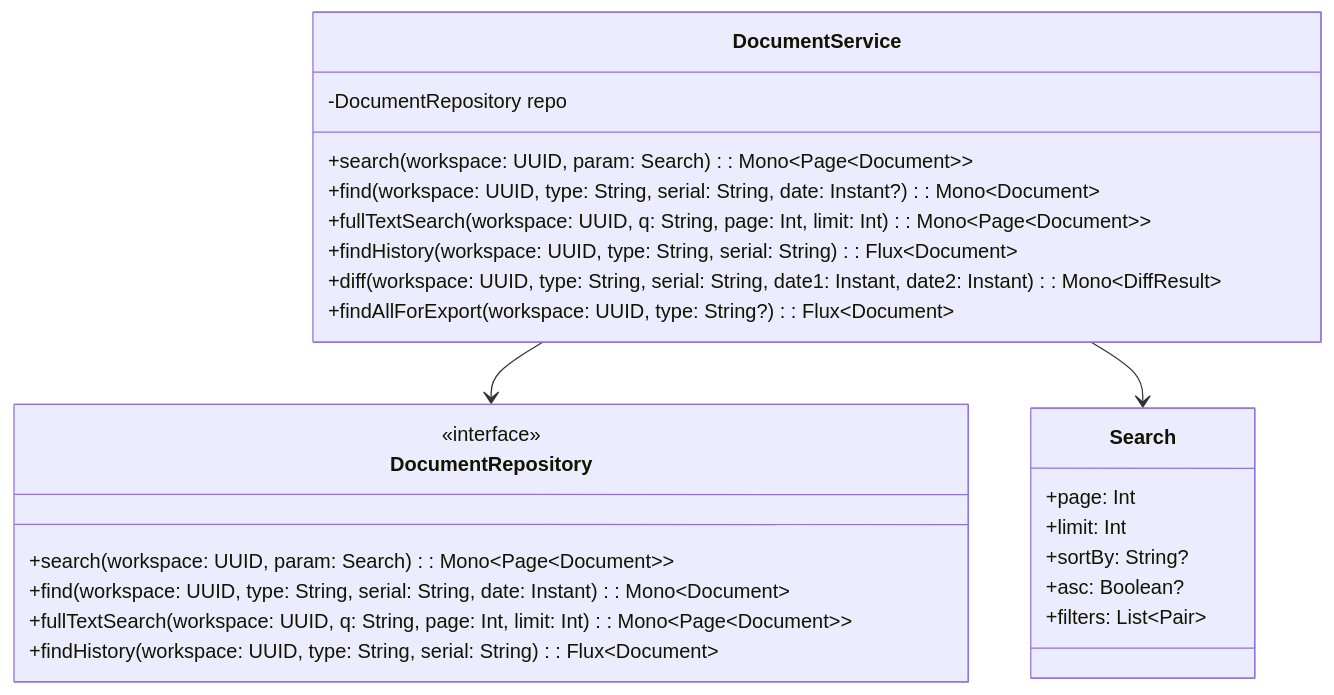
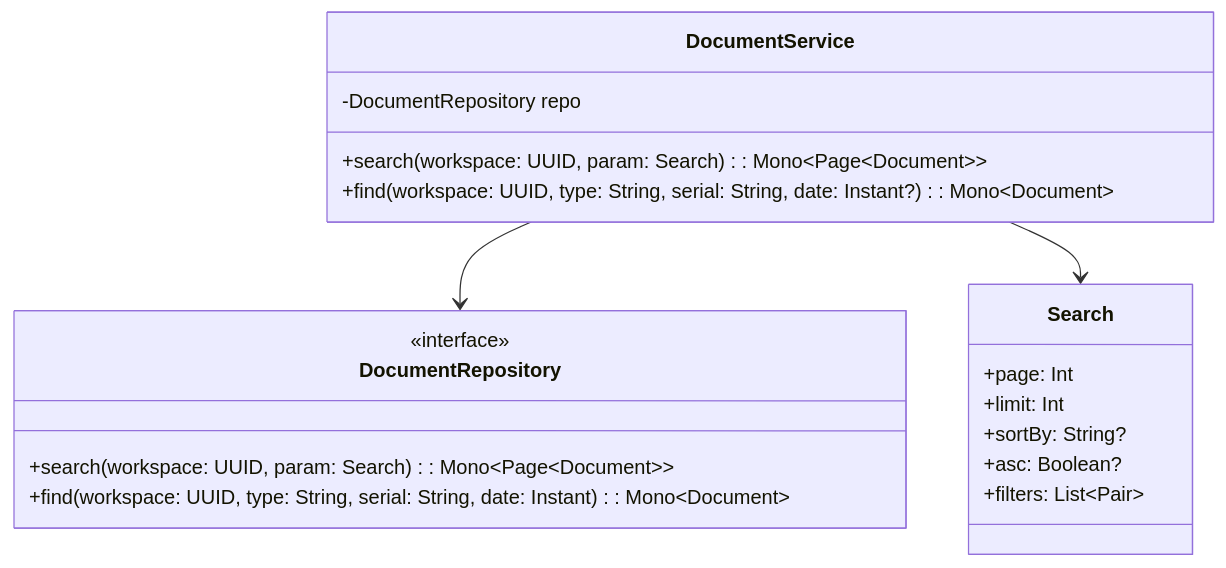
The first of 2 diagrams in search-document/CLASS-DIAGRAM.md (sayaya1090/handbook), drawn with Mermaid before and after one commit. The commit also changed other lines of this file and 645 other files, not shown here.

````diff
--- a/search-document/CLASS-DIAGRAM.md
+++ b/search-document/CLASS-DIAGRAM.md
@@ -5,31 +5,25 @@
 ```mermaid
 classDiagram
     class DocumentService {
         -DocumentRepository repo
         +search(workspace: UUID, param: Search): Mono~Page~Document~~
         +find(workspace: UUID, type: String, serial: String, date: Instant?): Mono~Document~
-        +fullTextSearch(workspace: UUID, q: String, page: Int, limit: Int): Mono~Page~Document~~
-        +findHistory(workspace: UUID, type: String, serial: String): Flux~Document~
-        +diff(workspace: UUID, type: String, serial: String, date1: Instant, date2: Instant): Mono~DiffResult~
-        +findAllForExport(workspace: UUID, type: String?): Flux~Document~
     }
 
     class DocumentRepository {
         <<interface>>
         +search(workspace: UUID, param: Search): Mono~Page~Document~~
         +find(workspace: UUID, type: String, serial: String, date: Instant): Mono~Document~
-        +fullTextSearch(workspace: UUID, q: String, page: Int, limit: Int): Mono~Page~Document~~
-        +findHistory(workspace: UUID, type: String, serial: String): Flux~Document~
     }
 
     class Search {
         +page: Int
         +limit: Int
         +sortBy: String?
         +asc: Boolean?
         +filters: List~Pair~
     }
 
     DocumentService --> DocumentRepository
     DocumentService --> Search
 ```
````
